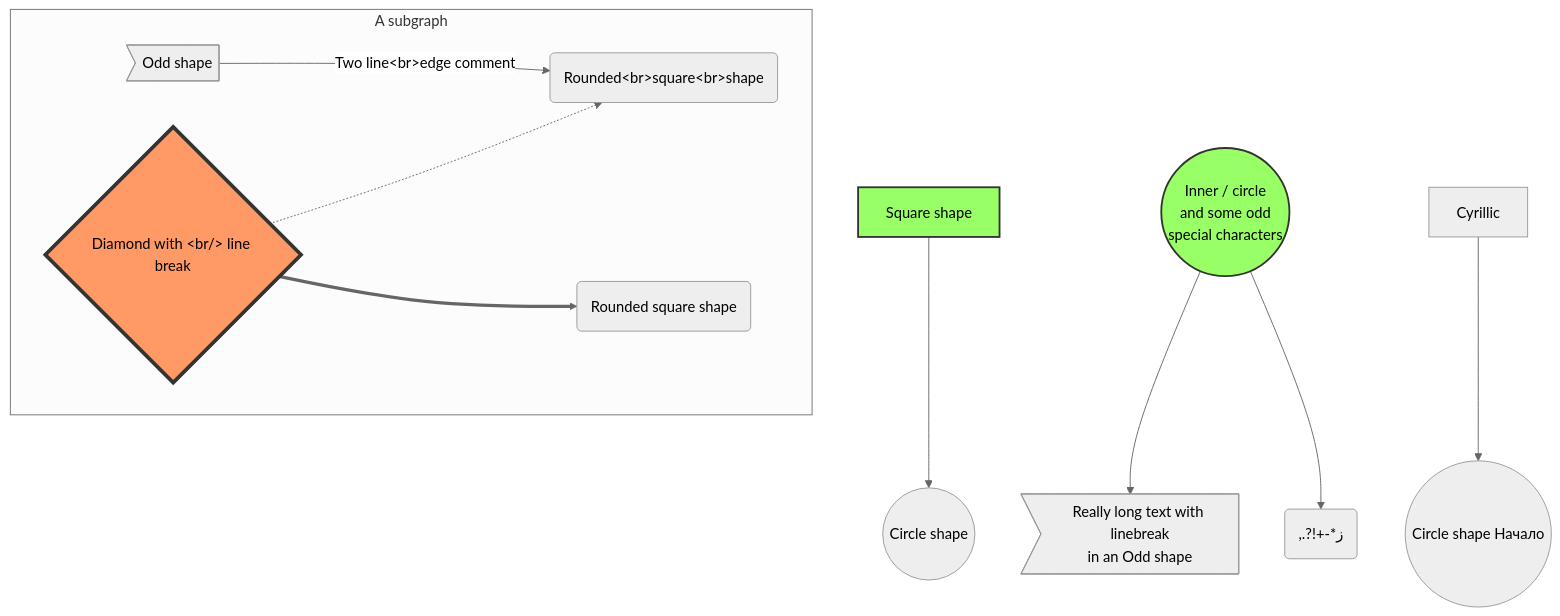
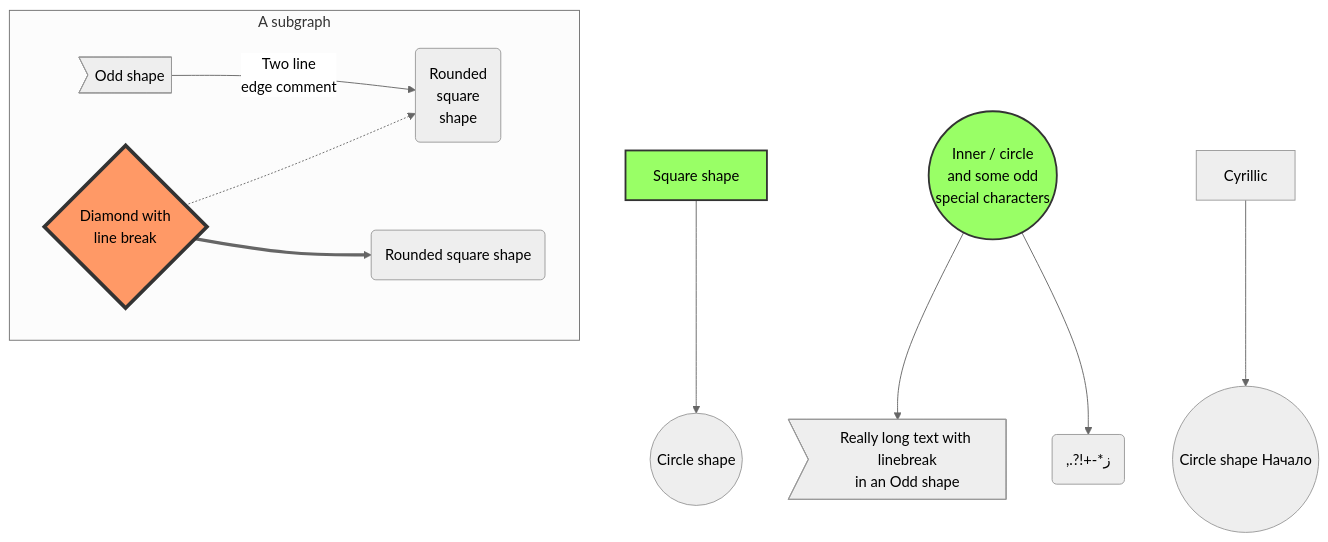
One commit to mermaidjs/mermaid-gitbook changed the second of 5 diagrams in content/demos.md. Above: the diagram before and after it, drawn with Mermaid (neutral theme). The commit also changed other lines of this file, not shown here.

Commit message:
Fix typo in diagram script

````diff
--- a/content/demos.md
+++ b/content/demos.md
@@ -16,23 +16,23 @@
 ```mermaid
 graph TB
-	sq[Square shape] --> ci((Circle shape))
+    sq[Square shape] --> ci((Circle shape))
 
-	subgraph A subgraph
-		od>Odd shape]-- Two line&lt;br>edge comment --> ro
-		di{Diamond with &lt;br/> line break} -.-> ro(Rounded&lt;br>square&lt;br>shape)
-		di==>ro2(Rounded square shape)
-	end
+    subgraph A subgraph
+        od>Odd shape]-- Two line<br/>edge comment --> ro
+        di{Diamond with <br/> line break} -.-> ro(Rounded<br>square<br>shape)
+        di==>ro2(Rounded square shape)
+    end
 
-	%% Notice that no text in shape are added here instead that is appended further down
-	e --> od3>Really long text with linebreak<br>in an Odd shape]
+    %% Notice that no text in shape are added here instead that is appended further down
+    e --> od3>Really long text with linebreak<br>in an Odd shape]
 
-	%% Comments after double percent signs
-	e((Inner / circle<br>and some odd <br>special characters)) --> f(,.?!+-*ز)
+    %% Comments after double percent signs
+    e((Inner / circle<br>and some odd <br>special characters)) --> f(,.?!+-*ز)
 
-	cyr[Cyrillic]-->cyr2((Circle shape Начало));
+    cyr[Cyrillic]-->cyr2((Circle shape Начало));
 
- 	classDef green fill:#9f6,stroke:#333,stroke-width:2px;
- 	classDef orange fill:#f96,stroke:#333,stroke-width:4px;
- 	class sq,e green
- 	class di orange
+     classDef green fill:#9f6,stroke:#333,stroke-width:2px;
+     classDef orange fill:#f96,stroke:#333,stroke-width:4px;
+     class sq,e green
+     class di orange
 ```
````
